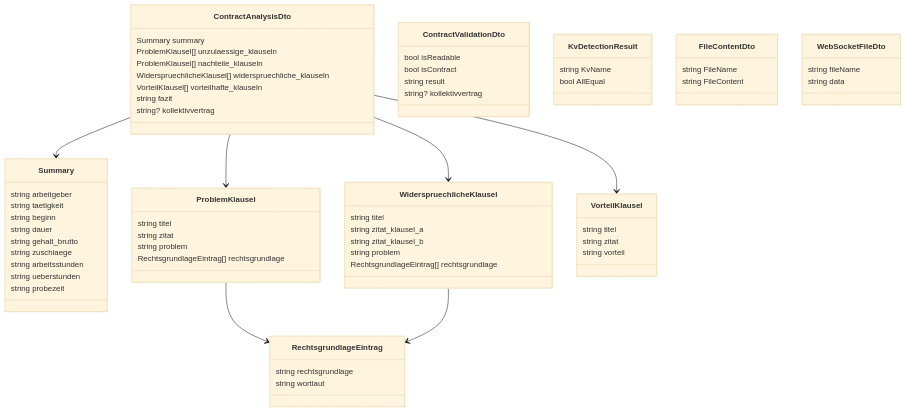
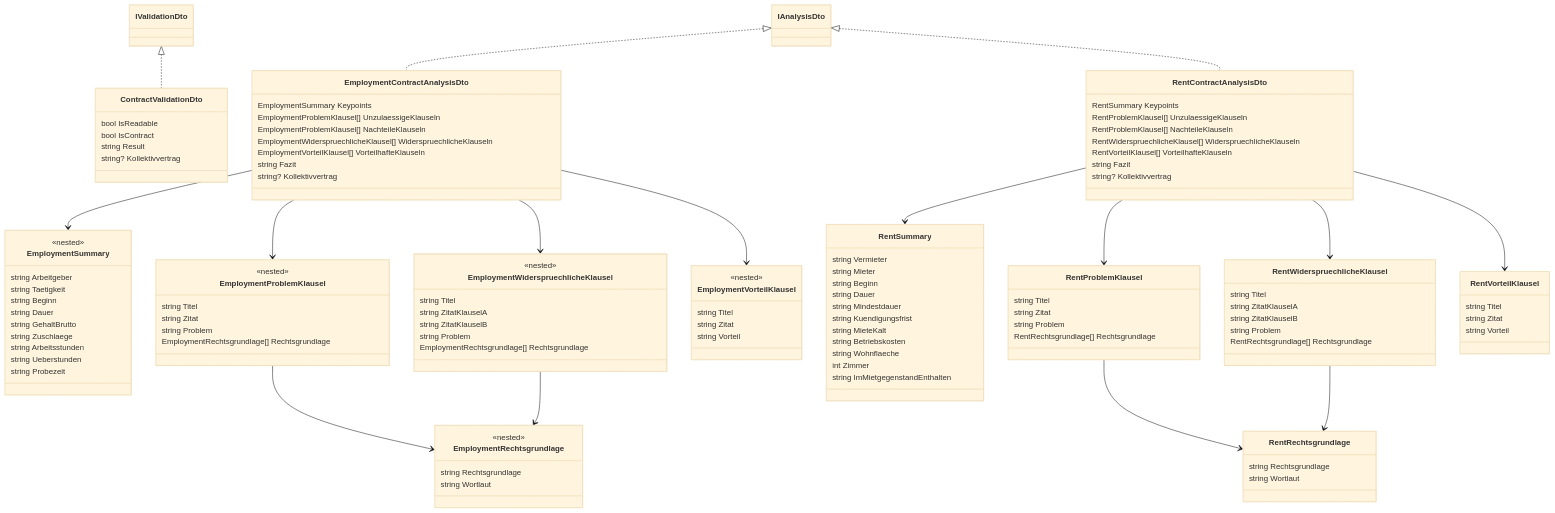
Before and after one commit to sebastian-305/PocketLawyer: the second of 8 diagrams in docs/Diagrams/diagrams.md, drawn with Mermaid (base theme). The commit also changed other lines of this file and 1 other file, not shown here.

Commit message:
Update diagram documentation for new agents

````diff
--- a/docs/Diagrams/diagrams.md
+++ b/docs/Diagrams/diagrams.md
@@ -50,70 +55,116 @@
 ```mermaid
 classDiagram
-    class ContractAnalysisDto {
-        Summary summary
-        ProblemKlausel[] unzulaessige_klauseln
-        ProblemKlausel[] nachteile_klauseln
-        WiderspruechlicheKlausel[] widerspruechliche_klauseln
-        VorteilKlausel[] vorteilhafte_klauseln
-        string fazit
-        string? kollektivvertrag
+    class IValidationDto
+    class ContractValidationDto {
+        bool IsReadable
+        bool IsContract
+        string Result
+        string? Kollektivvertrag
     }
-    class Summary {
-        string arbeitgeber
-        string taetigkeit
-        string beginn
-        string dauer
-        string gehalt_brutto
-        string zuschlaege
-        string arbeitsstunden
-        string ueberstunden
-        string probezeit
+    IValidationDto <|.. ContractValidationDto
+
+    class IAnalysisDto
+
+    class EmploymentContractAnalysisDto {
+        EmploymentSummary Keypoints
+        EmploymentProblemKlausel[] UnzulaessigeKlauseln
+        EmploymentProblemKlausel[] NachteileKlauseln
+        EmploymentWiderspruechlicheKlausel[] WiderspruechlicheKlauseln
+        EmploymentVorteilKlausel[] VorteilhafteKlauseln
+        string Fazit
+        string? Kollektivvertrag
     }
-    class ProblemKlausel {
-        string titel
-        string zitat
-        string problem
-        RechtsgrundlageEintrag[] rechtsgrundlage
+    class EmploymentSummary <<nested>> {
+        string Arbeitgeber
+        string Taetigkeit
+        string Beginn
+        string Dauer
+        string GehaltBrutto
+        string Zuschlaege
+        string Arbeitsstunden
+        string Ueberstunden
+        string Probezeit
     }
-    class WiderspruechlicheKlausel {
-        string titel
-        string zitat_klausel_a
-        string zitat_klausel_b
-        string problem
-        RechtsgrundlageEintrag[] rechtsgrundlage
+    class EmploymentProblemKlausel <<nested>> {
+        string Titel
+        string Zitat
+        string Problem
+        EmploymentRechtsgrundlage[] Rechtsgrundlage
     }
-    class VorteilKlausel {
-        string titel
-        string zitat
-        string vorteil
+    class EmploymentWiderspruechlicheKlausel <<nested>> {
+        string Titel
+        string ZitatKlauselA
+        string ZitatKlauselB
+        string Problem
+        EmploymentRechtsgrundlage[] Rechtsgrundlage
     }
-    class RechtsgrundlageEintrag {
-        string rechtsgrundlage
-        string wortlaut
+    class EmploymentVorteilKlausel <<nested>> {
+        string Titel
+        string Zitat
+        string Vorteil
     }
-    class ContractValidationDto {
-        bool isReadable
-        bool isContract
-        string result
-        string? kollektivvertrag
-    }
-    class KvDetectionResult {
-        string KvName
-        bool AllEqual
-    }
-    class FileContentDto {
-        string FileName
-        string FileContent
-    }
-    class WebSocketFileDto {
-        string fileName
-        string data
+    class EmploymentRechtsgrundlage <<nested>> {
+        string Rechtsgrundlage
+        string Wortlaut
     }
 
-    ContractAnalysisDto --> Summary
-    ContractAnalysisDto --> ProblemKlausel
-    ContractAnalysisDto --> WiderspruechlicheKlausel
-    ContractAnalysisDto --> VorteilKlausel
-    ProblemKlausel --> RechtsgrundlageEintrag
-    WiderspruechlicheKlausel --> RechtsgrundlageEintrag
+    class RentContractAnalysisDto {
+        RentSummary Keypoints
+        RentProblemKlausel[] UnzulaessigeKlauseln
+        RentProblemKlausel[] NachteileKlauseln
+        RentWiderspruechlicheKlausel[] WiderspruechlicheKlauseln
+        RentVorteilKlausel[] VorteilhafteKlauseln
+        string Fazit
+        string? Kollektivvertrag
+    }
+    class RentSummary {
+        string Vermieter
+        string Mieter
+        string Beginn
+        string Dauer
+        string Mindestdauer
+        string Kuendigungsfrist
+        string MieteKalt
+        string Betriebskosten
+        string Wohnflaeche
+        int Zimmer
+        string ImMietgegenstandEnthalten
+    }
+    class RentProblemKlausel {
+        string Titel
+        string Zitat
+        string Problem
+        RentRechtsgrundlage[] Rechtsgrundlage
+    }
+    class RentWiderspruechlicheKlausel {
+        string Titel
+        string ZitatKlauselA
+        string ZitatKlauselB
+        string Problem
+        RentRechtsgrundlage[] Rechtsgrundlage
+    }
+    class RentVorteilKlausel {
+        string Titel
+        string Zitat
+        string Vorteil
+    }
+    class RentRechtsgrundlage {
+        string Rechtsgrundlage
+        string Wortlaut
+    }
+
+    IAnalysisDto <|.. EmploymentContractAnalysisDto
+    IAnalysisDto <|.. RentContractAnalysisDto
+    EmploymentContractAnalysisDto --> EmploymentSummary
+    EmploymentContractAnalysisDto --> EmploymentProblemKlausel
+    EmploymentContractAnalysisDto --> EmploymentWiderspruechlicheKlausel
+    EmploymentContractAnalysisDto --> EmploymentVorteilKlausel
+    EmploymentProblemKlausel --> EmploymentRechtsgrundlage
+    EmploymentWiderspruechlicheKlausel --> EmploymentRechtsgrundlage
+    RentContractAnalysisDto --> RentSummary
+    RentContractAnalysisDto --> RentProblemKlausel
+    RentContractAnalysisDto --> RentWiderspruechlicheKlausel
+    RentContractAnalysisDto --> RentVorteilKlausel
+    RentProblemKlausel --> RentRechtsgrundlage
+    RentWiderspruechlicheKlausel --> RentRechtsgrundlage
 ```
````
